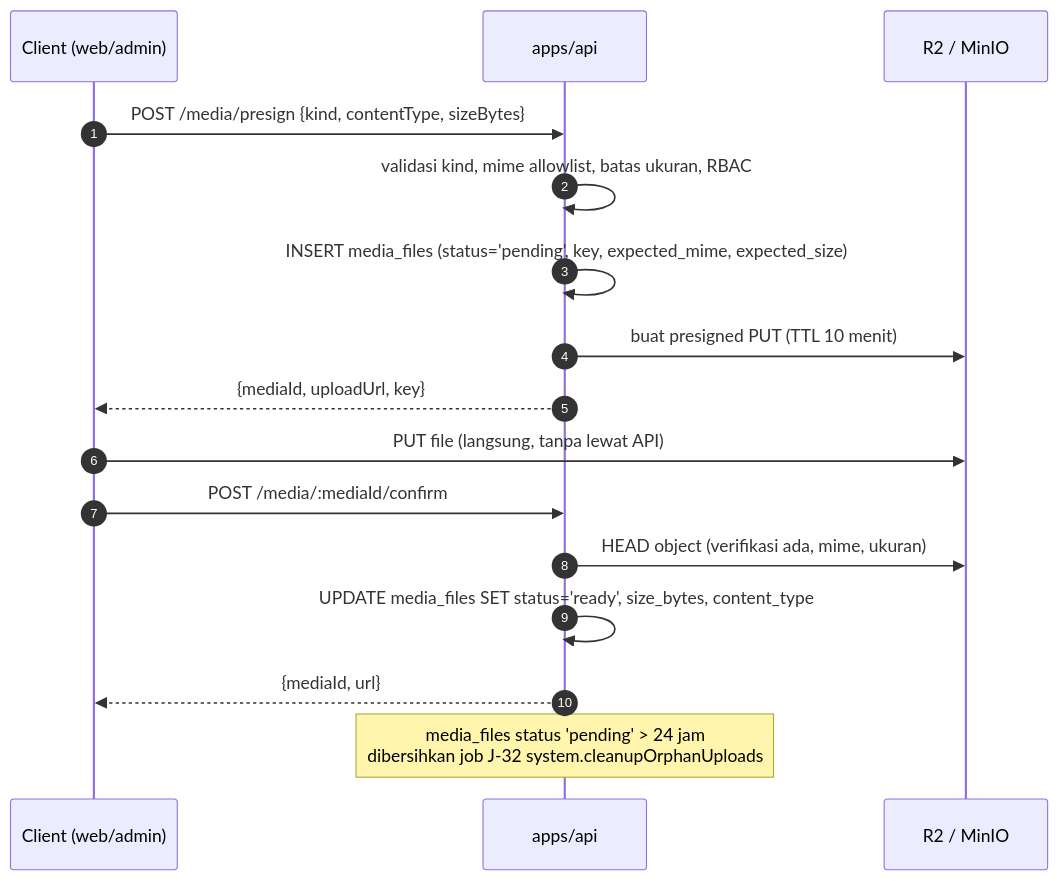
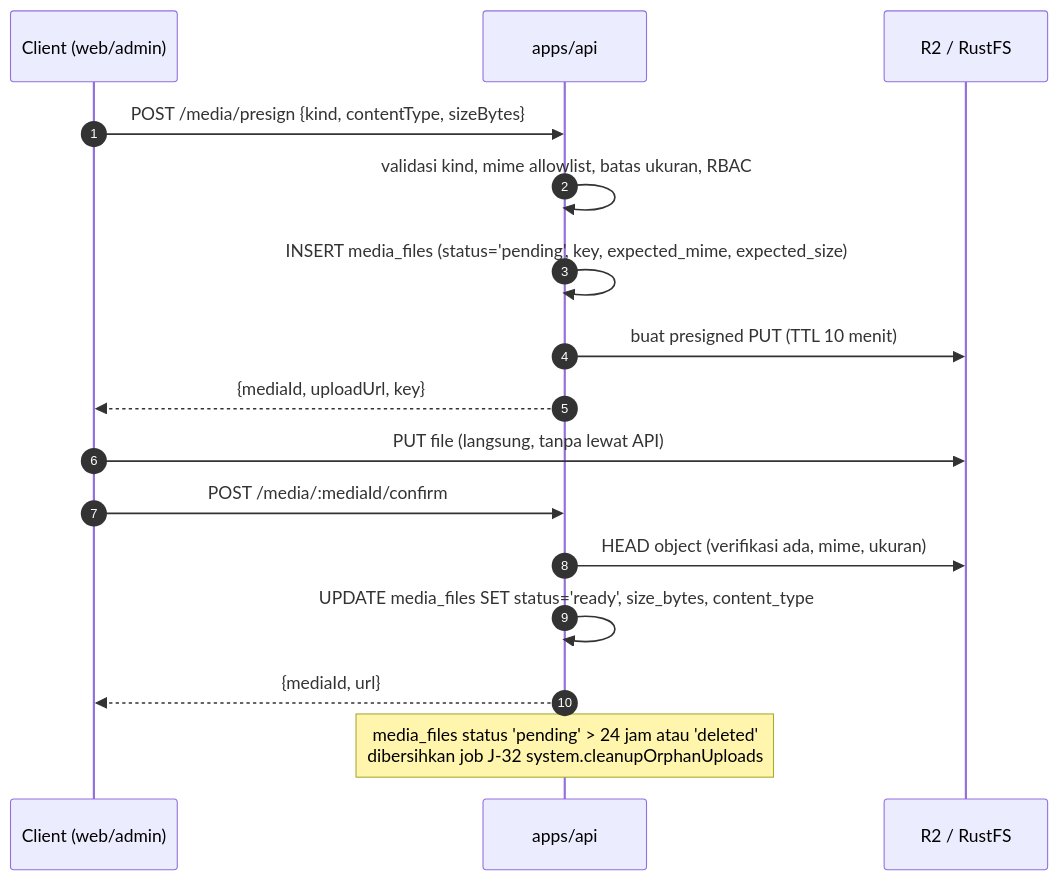
One commit to gagangborneo/hola-platform changed the third of 4 diagrams in docs/02-INFRASTRUCTURE.md. Above: the diagram before and after it, drawn with Mermaid. The commit also changed other lines of this file and 29 other files, not shown here.

Commit message:
feat(api): add RustFS media pipeline

````diff
--- a/docs/02-INFRASTRUCTURE.md
+++ b/docs/02-INFRASTRUCTURE.md
@@ -462,18 +462,18 @@
 ```mermaid
 sequenceDiagram
     autonumber
     participant C as Client (web/admin)
     participant A as apps/api
-    participant S as R2 / MinIO
+    participant S as R2 / RustFS
     C->>A: POST /media/presign {kind, contentType, sizeBytes}
     A->>A: validasi kind, mime allowlist, batas ukuran, RBAC
     A->>A: INSERT media_files (status='pending', key, expected_mime, expected_size)
     A->>S: buat presigned PUT (TTL 10 menit)
     A-->>C: {mediaId, uploadUrl, key}
     C->>S: PUT file (langsung, tanpa lewat API)
     C->>A: POST /media/:mediaId/confirm
     A->>S: HEAD object (verifikasi ada, mime, ukuran)
     A->>A: UPDATE media_files SET status='ready', size_bytes, content_type
     A-->>C: {mediaId, url}
-    Note over A: media_files status 'pending' > 24 jam<br/>dibersihkan job J-32 system.cleanupOrphanUploads
+    Note over A: media_files status 'pending' > 24 jam atau 'deleted'<br/>dibersihkan job J-32 system.cleanupOrphanUploads
 ```
````
